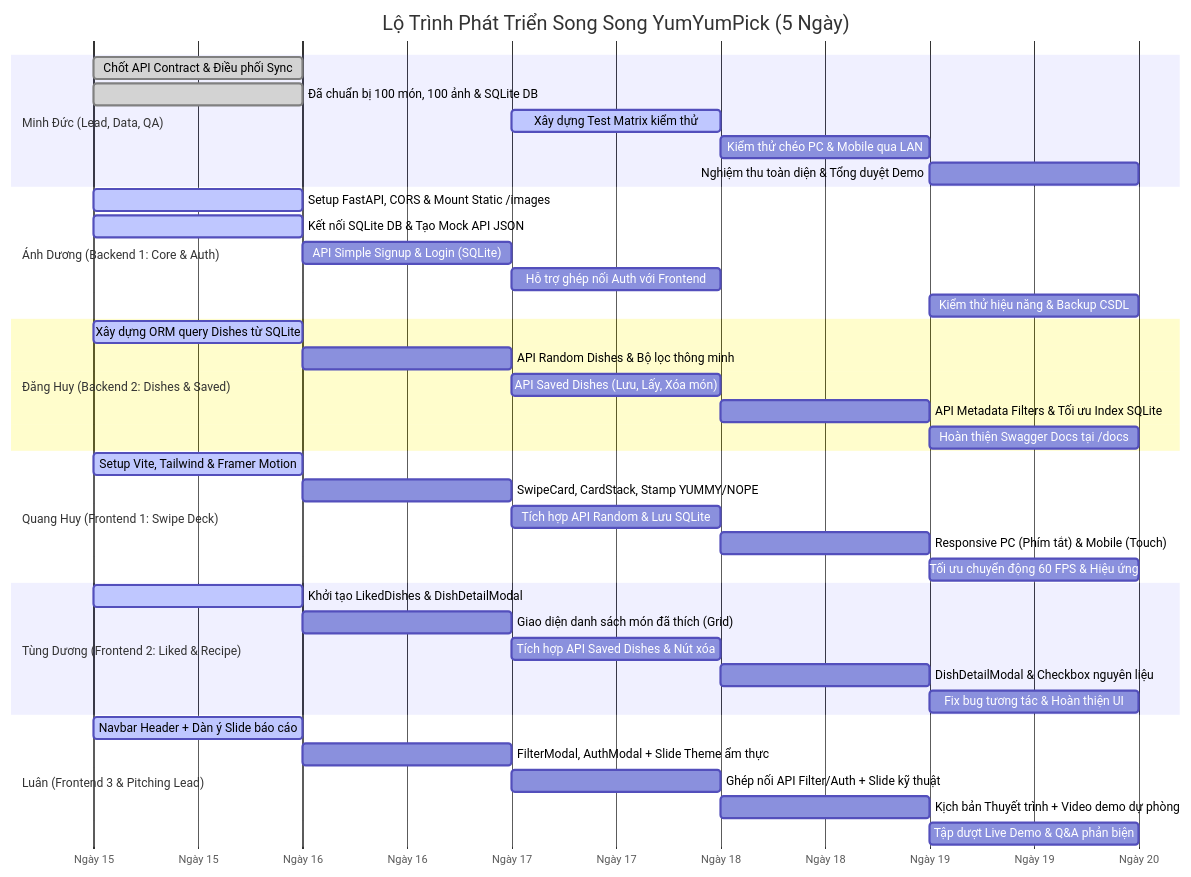
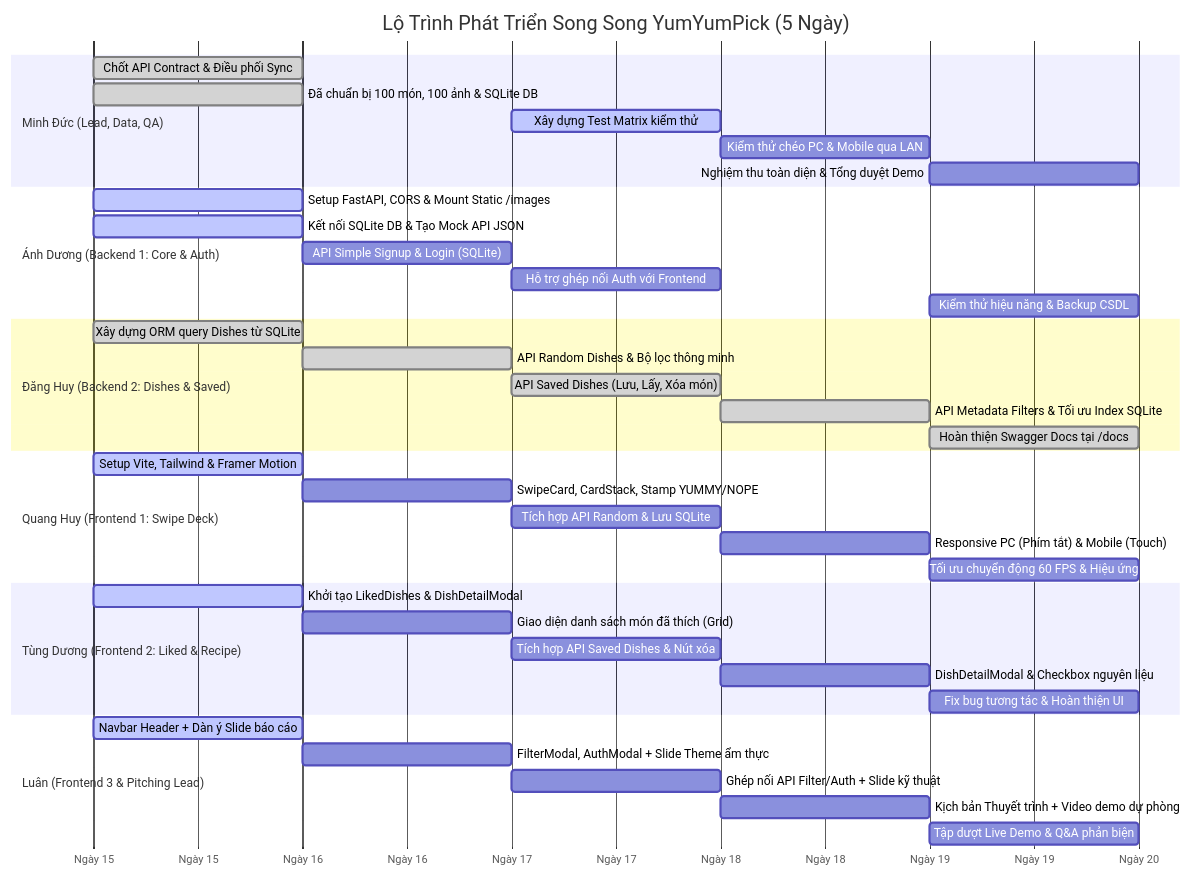
One commit to snowwminhduc1212/YumYumPick changed the diagram in docs/06_SPRINT_ROADMAP_AND_TODO_PER_ROLE.md. Above: the diagram before and after it, drawn with Mermaid. The commit also changed other lines of this file and 1 other file, not shown here.

Commit message:
docs: tick all completed sprint roadmap tasks and TODOs for Dang Huy (BE 2)

````diff
--- a/docs/06_SPRINT_ROADMAP_AND_TODO_PER_ROLE.md
+++ b/docs/06_SPRINT_ROADMAP_AND_TODO_PER_ROLE.md
@@ -9,48 +9,48 @@
 ```mermaid
 gantt
     title Lộ Trình Phát Triển Song Song YumYumPick (5 Ngày)
     dateFormat  YYYY-MM-DD
     axisFormat  Ngày %d
     
     section Minh Đức (Lead, Data, QA)
     Chốt API Contract & Điều phối Sync        :done, md_1, 2026-09-15, 1d
     Đã chuẩn bị 100 món, 100 ảnh & SQLite DB  :done, md_2, 2026-09-15, 1d
     Xây dựng Test Matrix kiểm thử             :active, md_3, 2026-09-17, 1d
     Kiểm thử chéo PC & Mobile qua LAN         :md_4, 2026-09-18, 1d
     Nghiệm thu toàn diện & Tổng duyệt Demo    :md_5, 2026-09-19, 1d
 
     section Ánh Dương (Backend 1: Core & Auth)
     Setup FastAPI, CORS & Mount Static /images:active, ad_1, 2026-09-15, 1d
     Kết nối SQLite DB & Tạo Mock API JSON     :active, ad_2, 2026-09-15, 1d
     API Simple Signup & Login (SQLite)        :ad_3, 2026-09-16, 1d
     Hỗ trợ ghép nối Auth với Frontend         :ad_4, 2026-09-17, 1d
     Kiểm thử hiệu năng & Backup CSDL          :ad_5, 2026-09-19, 1d
 
     section Đăng Huy (Backend 2: Dishes & Saved)
-    Xây dựng ORM query Dishes từ SQLite       :active, dh_1, 2026-09-15, 1d
-    API Random Dishes & Bộ lọc thông minh     :dh_2, 2026-09-16, 1d
-    API Saved Dishes (Lưu, Lấy, Xóa món)      :dh_3, 2026-09-17, 1d
-    API Metadata Filters & Tối ưu Index SQLite:dh_4, 2026-09-18, 1d
-    Hoàn thiện Swagger Docs tại /docs         :dh_5, 2026-09-19, 1d
+    Xây dựng ORM query Dishes từ SQLite       :done, dh_1, 2026-09-15, 1d
+    API Random Dishes & Bộ lọc thông minh     :done, dh_2, 2026-09-16, 1d
+    API Saved Dishes (Lưu, Lấy, Xóa món)      :done, dh_3, 2026-09-17, 1d
+    API Metadata Filters & Tối ưu Index SQLite:done, dh_4, 2026-09-18, 1d
+    Hoàn thiện Swagger Docs tại /docs         :done, dh_5, 2026-09-19, 1d
 
     section Quang Huy (Frontend 1: Swipe Deck)
     Setup Vite, Tailwind & Framer Motion      :active, qh_1, 2026-09-15, 1d
     SwipeCard, CardStack, Stamp YUMMY/NOPE    :qh_2, 2026-09-16, 1d
     Tích hợp API Random & Lưu SQLite          :qh_3, 2026-09-17, 1d
     Responsive PC (Phím tắt) & Mobile (Touch) :qh_4, 2026-09-18, 1d
     Tối ưu chuyển động 60 FPS & Hiệu ứng      :qh_5, 2026-09-19, 1d
 
     section Tùng Dương (Frontend 2: Liked & Recipe)
     Khởi tạo LikedDishes & DishDetailModal    :active, td_1, 2026-09-15, 1d
     Giao diện danh sách món đã thích (Grid)   :td_2, 2026-09-16, 1d
     Tích hợp API Saved Dishes & Nút xóa       :td_3, 2026-09-17, 1d
     DishDetailModal & Checkbox nguyên liệu    :td_4, 2026-09-18, 1d
     Fix bug tương tác & Hoàn thiện UI         :td_5, 2026-09-19, 1d
 
     section Luân (Frontend 3 & Pitching Lead)
     Navbar Header + Dàn ý Slide báo cáo       :active, l_1, 2026-09-15, 1d
     FilterModal, AuthModal + Slide Theme ẩm thực:l_2, 2026-09-16, 1d
     Ghép nối API Filter/Auth + Slide kỹ thuật :l_3, 2026-09-17, 1d
     Kịch bản Thuyết trình + Video demo dự phòng:l_4, 2026-09-18, 1d
     Tập dượt Live Demo & Q&A phản biện        :l_5, 2026-09-19, 1d
 ```
````
